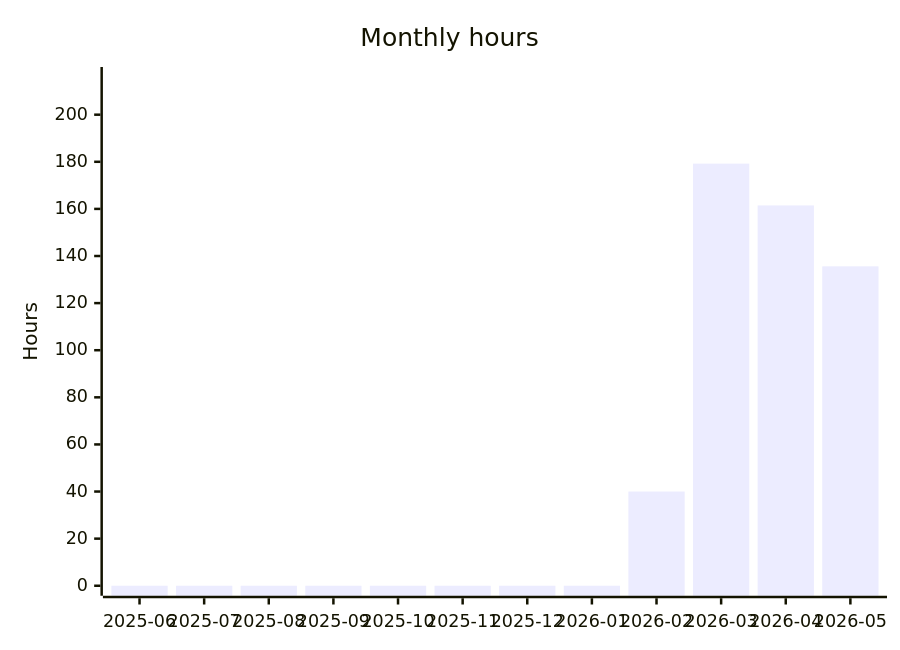
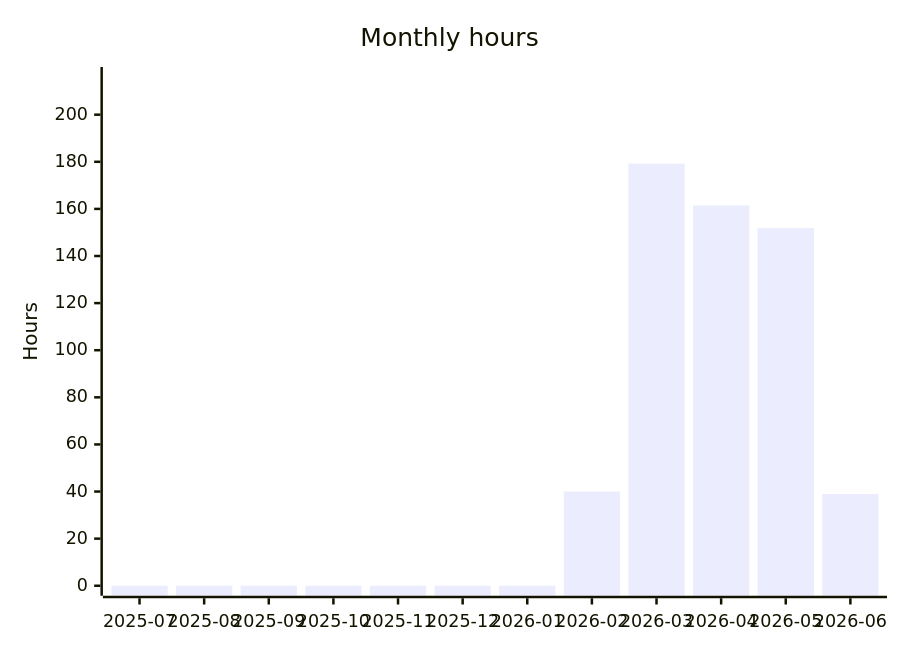
The fourth of 5 diagrams in README.org (albinforsberg-netizen/timeclock), drawn with Mermaid before and after one commit. The commit also changed other lines of this file, not shown here.

```diff
--- a/README.org
+++ b/README.org
@@ -116,7 +116,7 @@
 #+begin_src mermaid
 xychart-beta
     title "Monthly hours"
-    x-axis ["2025-06", "2025-07", "2025-08", "2025-09", "2025-10", "2025-11", "2025-12", "2026-01", "2026-02", "2026-03", "2026-04", "2026-05"]
+    x-axis ["2025-07", "2025-08", "2025-09", "2025-10", "2025-11", "2025-12", "2026-01", "2026-02", "2026-03", "2026-04", "2026-05", "2026-06"]
     y-axis "Hours" 0 --> 216
-    bar [0.00, 0.00, 0.00, 0.00, 0.00, 0.00, 0.00, 0.00, 40.00, 179.23, 161.48, 135.61]
+    bar [0.00, 0.00, 0.00, 0.00, 0.00, 0.00, 0.00, 40.00, 179.23, 161.48, 151.86, 38.93]
 #+end_src
```
